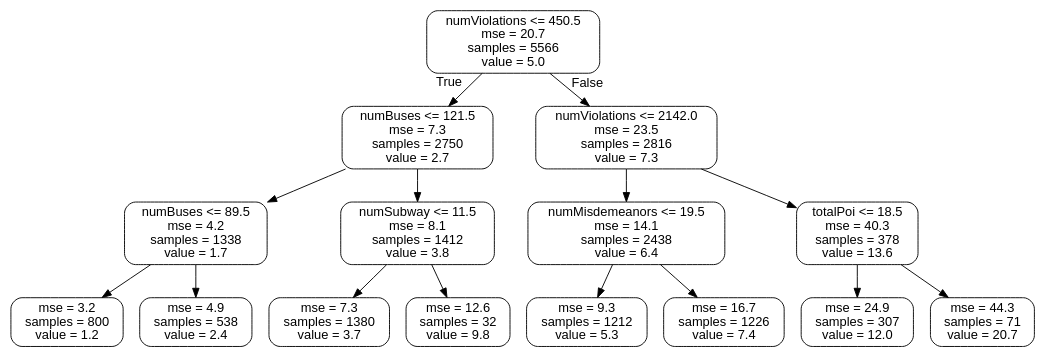
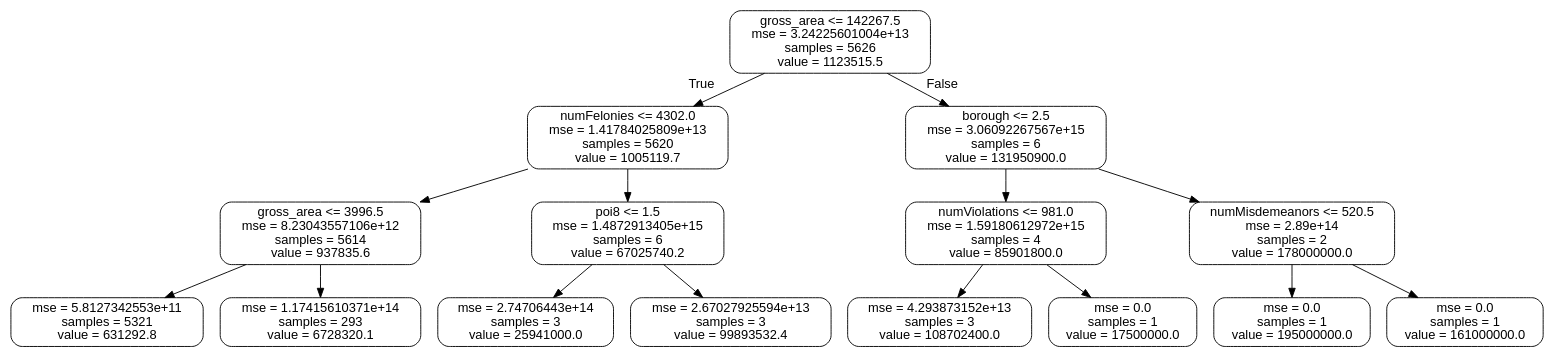
Before and after one commit to fegan104/cs586-team2: the diagram in Project2/small_tree.dot, drawn with Graphviz. The commit also changed 8 other files, not shown here.

```diff
--- a/Project2/small_tree.dot
+++ b/Project2/small_tree.dot
@@ -1,33 +1,33 @@
 digraph Tree {
 node [shape=box, style="rounded", color="black", fontname=helvetica] ;
 edge [fontname=helvetica] ;
-0 [label="numViolations <= 450.5\nmse = 20.7\nsamples = 5566\nvalue = 5.0"] ;
-1 [label="numBuses <= 121.5\nmse = 7.3\nsamples = 2750\nvalue = 2.7"] ;
+0 [label="gross_area <= 142267.5\nmse = 3.24225601004e+13\nsamples = 5626\nvalue = 1123515.5"] ;
+1 [label="numFelonies <= 4302.0\nmse = 1.41784025809e+13\nsamples = 5620\nvalue = 1005119.7"] ;
 0 -> 1 [labeldistance=2.5, labelangle=45, headlabel="True"] ;
-2 [label="numBuses <= 89.5\nmse = 4.2\nsamples = 1338\nvalue = 1.7"] ;
+2 [label="gross_area <= 3996.5\nmse = 8.23043557106e+12\nsamples = 5614\nvalue = 937835.6"] ;
 1 -> 2 ;
-3 [label="mse = 3.2\nsamples = 800\nvalue = 1.2"] ;
+3 [label="mse = 5.8127342553e+11\nsamples = 5321\nvalue = 631292.8"] ;
 2 -> 3 ;
-4 [label="mse = 4.9\nsamples = 538\nvalue = 2.4"] ;
+4 [label="mse = 1.17415610371e+14\nsamples = 293\nvalue = 6728320.1"] ;
 2 -> 4 ;
-5 [label="numSubway <= 11.5\nmse = 8.1\nsamples = 1412\nvalue = 3.8"] ;
+5 [label="poi8 <= 1.5\nmse = 1.4872913405e+15\nsamples = 6\nvalue = 67025740.2"] ;
 1 -> 5 ;
-6 [label="mse = 7.3\nsamples = 1380\nvalue = 3.7"] ;
+6 [label="mse = 2.74706443e+14\nsamples = 3\nvalue = 25941000.0"] ;
 5 -> 6 ;
-7 [label="mse = 12.6\nsamples = 32\nvalue = 9.8"] ;
+7 [label="mse = 2.67027925594e+13\nsamples = 3\nvalue = 99893532.4"] ;
 5 -> 7 ;
-8 [label="numViolations <= 2142.0\nmse = 23.5\nsamples = 2816\nvalue = 7.3"] ;
+8 [label="borough <= 2.5\nmse = 3.06092267567e+15\nsamples = 6\nvalue = 131950900.0"] ;
 0 -> 8 [labeldistance=2.5, labelangle=-45, headlabel="False"] ;
-9 [label="numMisdemeanors <= 19.5\nmse = 14.1\nsamples = 2438\nvalue = 6.4"] ;
+9 [label="numViolations <= 981.0\nmse = 1.59180612972e+15\nsamples = 4\nvalue = 85901800.0"] ;
 8 -> 9 ;
-10 [label="mse = 9.3\nsamples = 1212\nvalue = 5.3"] ;
+10 [label="mse = 4.293873152e+13\nsamples = 3\nvalue = 108702400.0"] ;
 9 -> 10 ;
-11 [label="mse = 16.7\nsamples = 1226\nvalue = 7.4"] ;
+11 [label="mse = 0.0\nsamples = 1\nvalue = 17500000.0"] ;
 9 -> 11 ;
-12 [label="totalPoi <= 18.5\nmse = 40.3\nsamples = 378\nvalue = 13.6"] ;
+12 [label="numMisdemeanors <= 520.5\nmse = 2.89e+14\nsamples = 2\nvalue = 178000000.0"] ;
 8 -> 12 ;
-13 [label="mse = 24.9\nsamples = 307\nvalue = 12.0"] ;
+13 [label="mse = 0.0\nsamples = 1\nvalue = 195000000.0"] ;
 12 -> 13 ;
-14 [label="mse = 44.3\nsamples = 71\nvalue = 20.7"] ;
+14 [label="mse = 0.0\nsamples = 1\nvalue = 161000000.0"] ;
 12 -> 14 ;
 }
```
